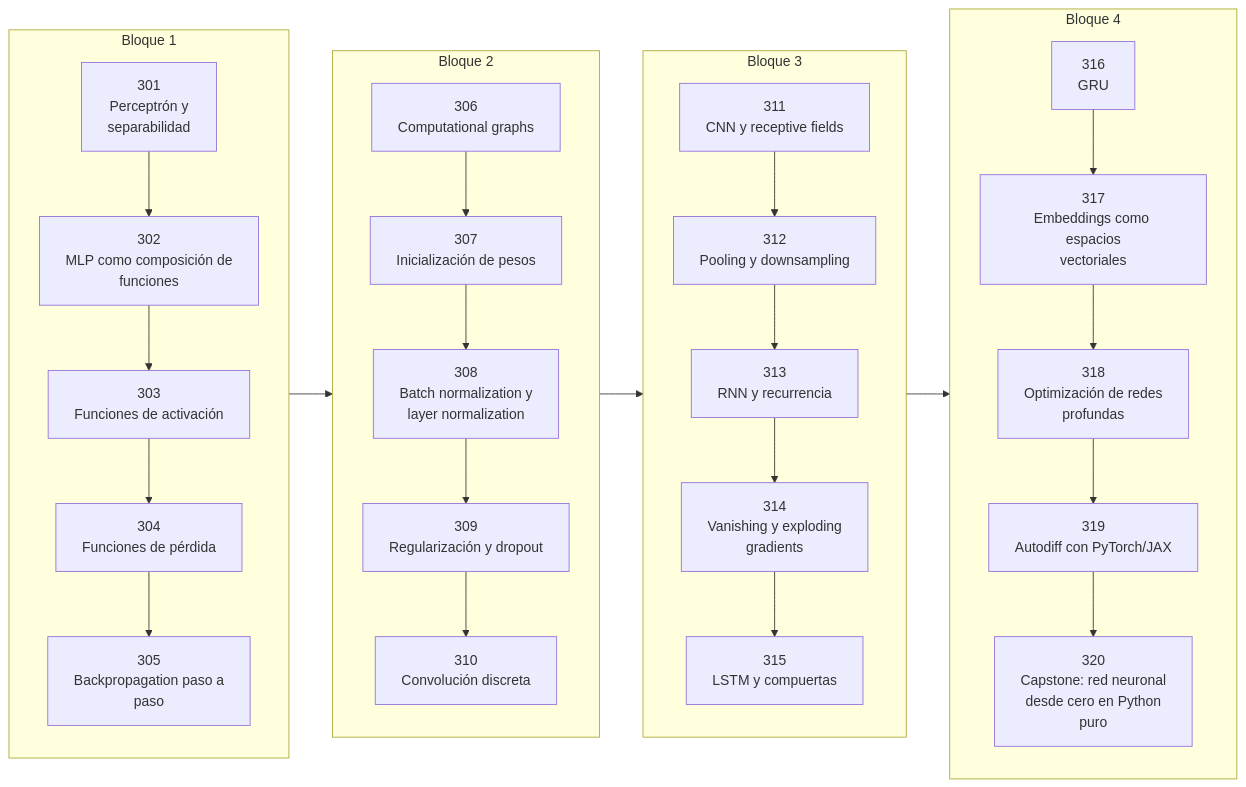
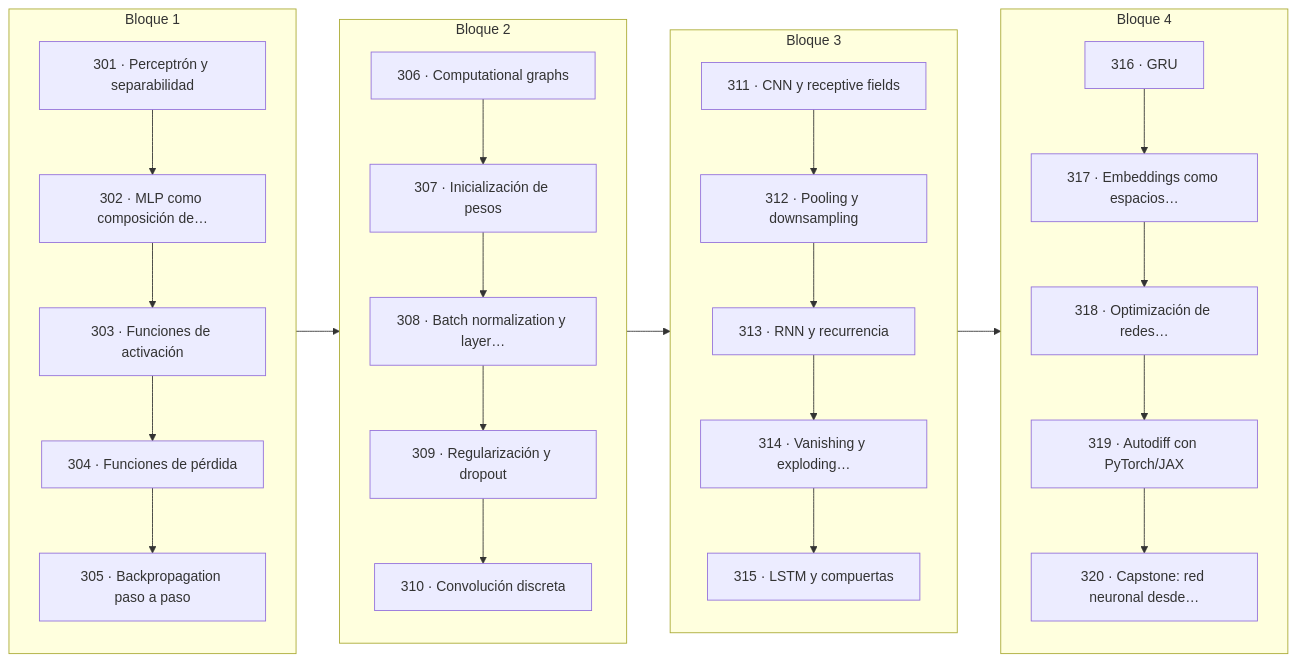
The diagram in classes/part-15-matematica-de-deep-learning/README.md (vladimiracunadev-create/computational-mathematics-program), drawn with Mermaid before and after one commit. The commit also changed 389 other files, not shown here.

First line of the commit message:
fix(diagramas): elimina el HTML de las etiquetas Mermaid

````diff
--- a/classes/part-15-matematica-de-deep-learning/README.md
+++ b/classes/part-15-matematica-de-deep-learning/README.md
@@ -34,54 +34,54 @@
 ```mermaid
 flowchart LR
     subgraph B1["Bloque 1"]
         direction TB
-        L301["301<br/>Perceptrón y<br/>separabilidad"]
-        L302["302<br/>MLP como composición de<br/>funciones"]
-        L303["303<br/>Funciones de activación"]
-        L304["304<br/>Funciones de pérdida"]
-        L305["305<br/>Backpropagation paso a<br/>paso"]
+        L301["301 · Perceptrón y separabilidad"]
+        L302["302 · MLP como composición de…"]
+        L303["303 · Funciones de activación"]
+        L304["304 · Funciones de pérdida"]
+        L305["305 · Backpropagation paso a paso"]
         L301 --> L302
         L302 --> L303
         L303 --> L304
         L304 --> L305
     end
     subgraph B2["Bloque 2"]
         direction TB
-        L306["306<br/>Computational graphs"]
-        L307["307<br/>Inicialización de pesos"]
-        L308["308<br/>Batch normalization y<br/>layer normalization"]
-        L309["309<br/>Regularización y dropout"]
-        L310["310<br/>Convolución discreta"]
+        L306["306 · Computational graphs"]
+        L307["307 · Inicialización de pesos"]
+        L308["308 · Batch normalization y layer…"]
+        L309["309 · Regularización y dropout"]
+        L310["310 · Convolución discreta"]
         L306 --> L307
         L307 --> L308
         L308 --> L309
         L309 --> L310
     end
     subgraph B3["Bloque 3"]
         direction TB
-        L311["311<br/>CNN y receptive fields"]
-        L312["312<br/>Pooling y downsampling"]
-        L313["313<br/>RNN y recurrencia"]
-        L314["314<br/>Vanishing y exploding<br/>gradients"]
-        L315["315<br/>LSTM y compuertas"]
+        L311["311 · CNN y receptive fields"]
+        L312["312 · Pooling y downsampling"]
+        L313["313 · RNN y recurrencia"]
+        L314["314 · Vanishing y exploding…"]
+        L315["315 · LSTM y compuertas"]
         L311 --> L312
         L312 --> L313
         L313 --> L314
         L314 --> L315
     end
     subgraph B4["Bloque 4"]
         direction TB
-        L316["316<br/>GRU"]
-        L317["317<br/>Embeddings como espacios<br/>vectoriales"]
-        L318["318<br/>Optimización de redes<br/>profundas"]
-        L319["319<br/>Autodiff con PyTorch/JAX"]
-        L320["320<br/>Capstone: red neuronal<br/>desde cero en Python<br/>puro"]
+        L316["316 · GRU"]
+        L317["317 · Embeddings como espacios…"]
+        L318["318 · Optimización de redes…"]
+        L319["319 · Autodiff con PyTorch/JAX"]
+        L320["320 · Capstone: red neuronal desde…"]
         L316 --> L317
         L317 --> L318
         L318 --> L319
         L319 --> L320
     end
     L305 --> L306
     L310 --> L311
     L315 --> L316
 ```
````
